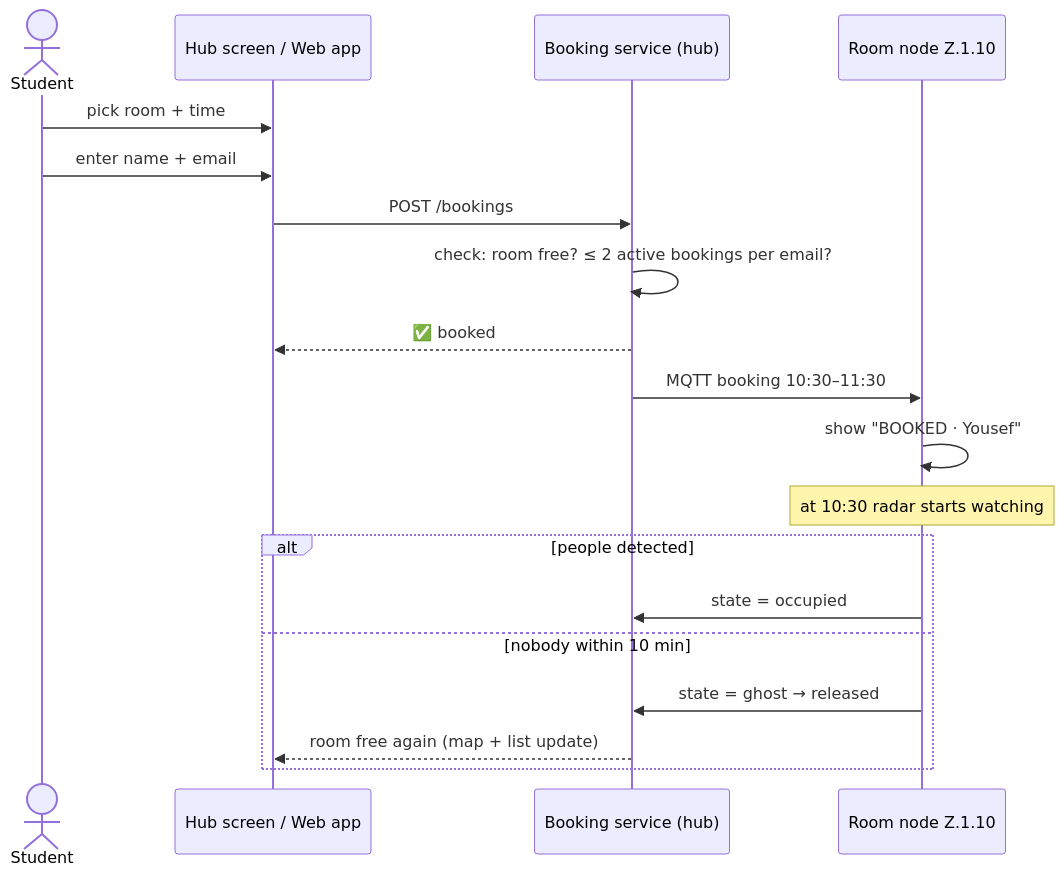
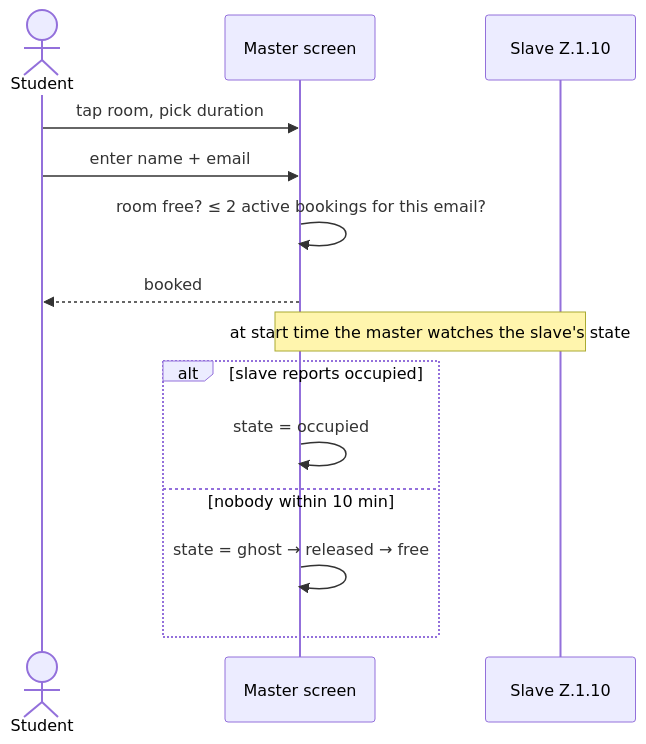
The fourth of 4 diagrams in README.md (NadaAbbas444/inhabitx), drawn with Mermaid before and after one commit. The commit also changed other lines of this file and 9 other files, not shown here.

First line of the commit message:
Restructure around slave, master and online web page

````diff
--- a/README.md
+++ b/README.md
@@ -104,22 +160,16 @@
 ```mermaid
 sequenceDiagram
-    actor S as Student
-    participant UI as Hub screen / Web app
-    participant B as Booking service (hub)
-    participant R as Room node Z.1.10
-
-    S->>UI: pick room + time
-    S->>UI: enter name + email
-    UI->>B: POST /bookings
-    B->>B: check: room free? ≤ 2 active bookings per email?
-    B-->>UI: ✅ booked
-    B->>R: MQTT booking 10:30–11:30
-    R->>R: show "BOOKED · Yousef"
-    Note over R: at 10:30 radar starts watching
-    alt people detected
-        R->>B: state = occupied
+    actor U as Student
+    participant M as Master screen
+    participant S as Slave Z.1.10
+    U->>M: tap room, pick duration
+    U->>M: enter name + email
+    M->>M: room free? ≤ 2 active bookings for this email?
+    M-->>U: booked
+    Note over M,S: at start time the master watches the slave's state
+    alt slave reports occupied
+        M->>M: state = occupied
     else nobody within 10 min
-        R->>B: state = ghost → released
-        B-->>UI: room free again (map + list update)
+        M->>M: state = ghost → released → free
     end
 ```
````
